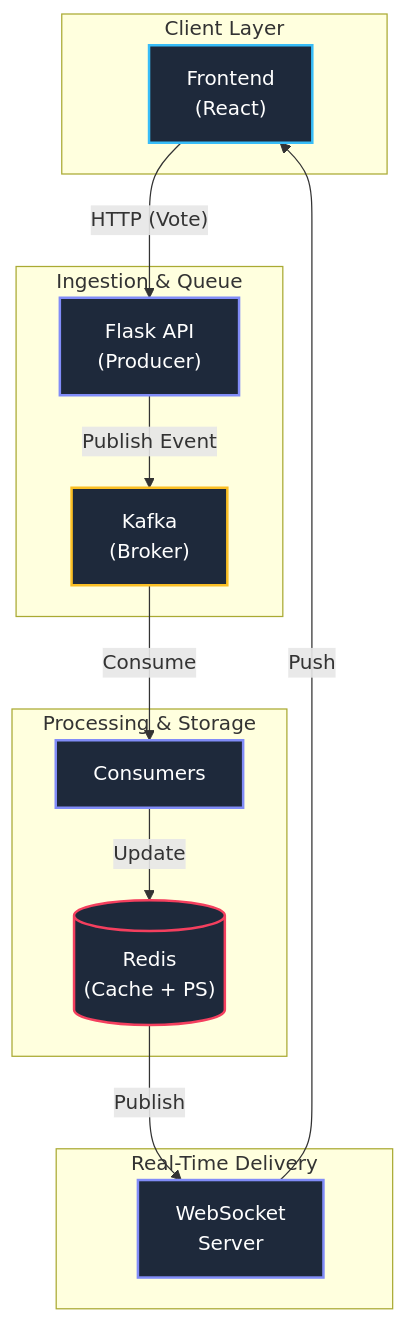
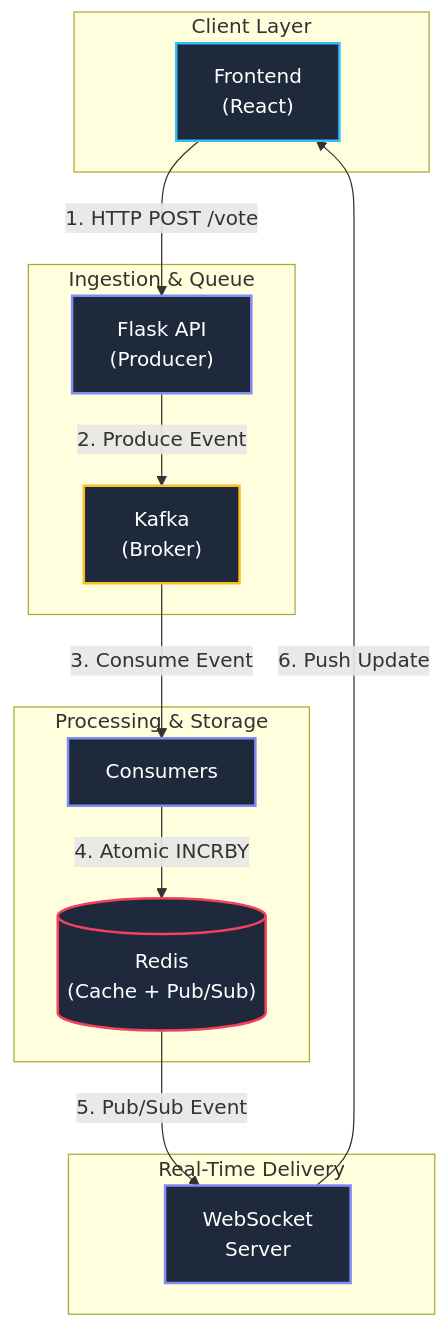
Before and after one commit to danishdynamic/realtime-voting-system: the first of 2 diagrams in README.md, drawn with Mermaid. The commit also changed other lines of this file and 23 other files, not shown here.

````diff
--- a/README.md
+++ b/README.md
@@ -34,39 +40,39 @@
 ```mermaid
 graph TD
     subgraph ClientLayer ["Client Layer"]
         REACT["Frontend<br/>(React)"]
     end
 
     subgraph Ingestion ["Ingestion & Queue"]
         FLASK["Flask API<br/>(Producer)"]
         KAFKA["Kafka<br/>(Broker)"]
     end
 
     subgraph Processing ["Processing & Storage"]
         CONSUMERS["Consumers"]
-        REDIS[("Redis<br/>(Cache + PS)")]
+        REDIS[("Redis<br/>(Cache + Pub/Sub)")]
     end
 
     subgraph Realtime ["Real-Time Delivery"]
         WS["WebSocket<br/>Server"]
     end
 
     %% Flow Connections
-    REACT -->|"HTTP (Vote)"| FLASK
-    FLASK -->|"Publish Event"| KAFKA
-    KAFKA -->|"Consume"| CONSUMERS
-    CONSUMERS -->|"Update"| REDIS
-    REDIS -->|"Publish"| WS
-    WS -->|"Push"| REACT
+    REACT -->|"1. HTTP POST /vote"| FLASK
+    FLASK -->|"2. Produce Event"| KAFKA
+    KAFKA -->|"3. Consume Event"| CONSUMERS
+    CONSUMERS -->|"4. Atomic INCRBY"| REDIS
+    REDIS -->|"5. Pub/Sub Event"| WS
+    WS -->|"6. Push Update"| REACT
 
     %% Styling
     classDef client fill:#1e293b,stroke:#38bdf8,stroke-width:2px,color:#fff
     classDef service fill:#1e293b,stroke:#818cf8,stroke-width:2px,color:#fff
     classDef streaming fill:#1e293b,stroke:#fbbf24,stroke-width:2px,color:#fff
     classDef storage fill:#1e293b,stroke:#f43f5e,stroke-width:2px,color:#fff
 
     class REACT client
     class FLASK,CONSUMERS,WS service
     class KAFKA streaming
     class REDIS storage
 ```
````
